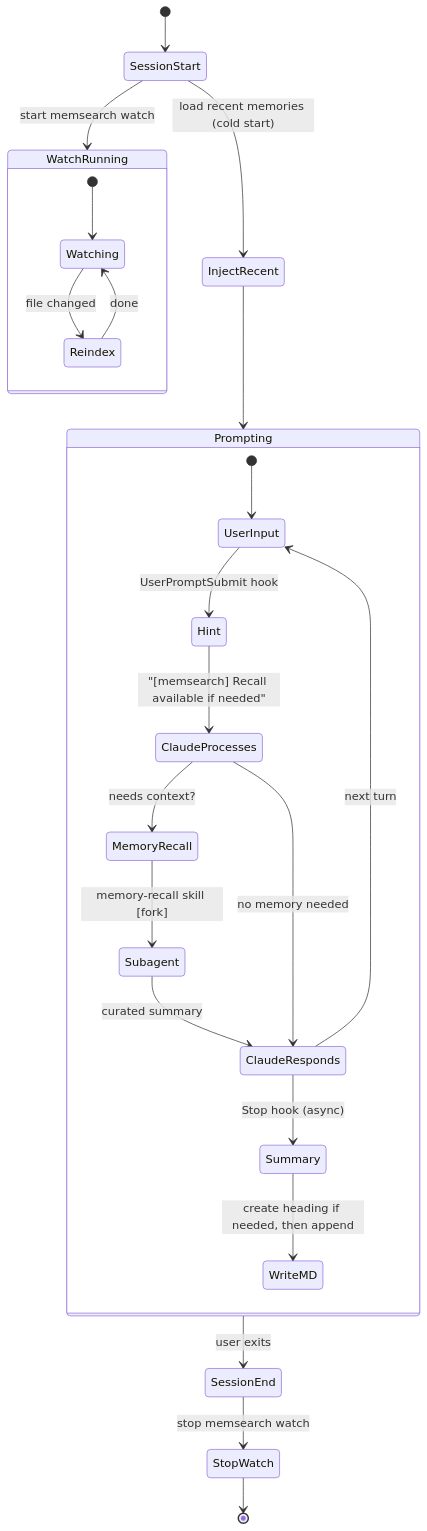
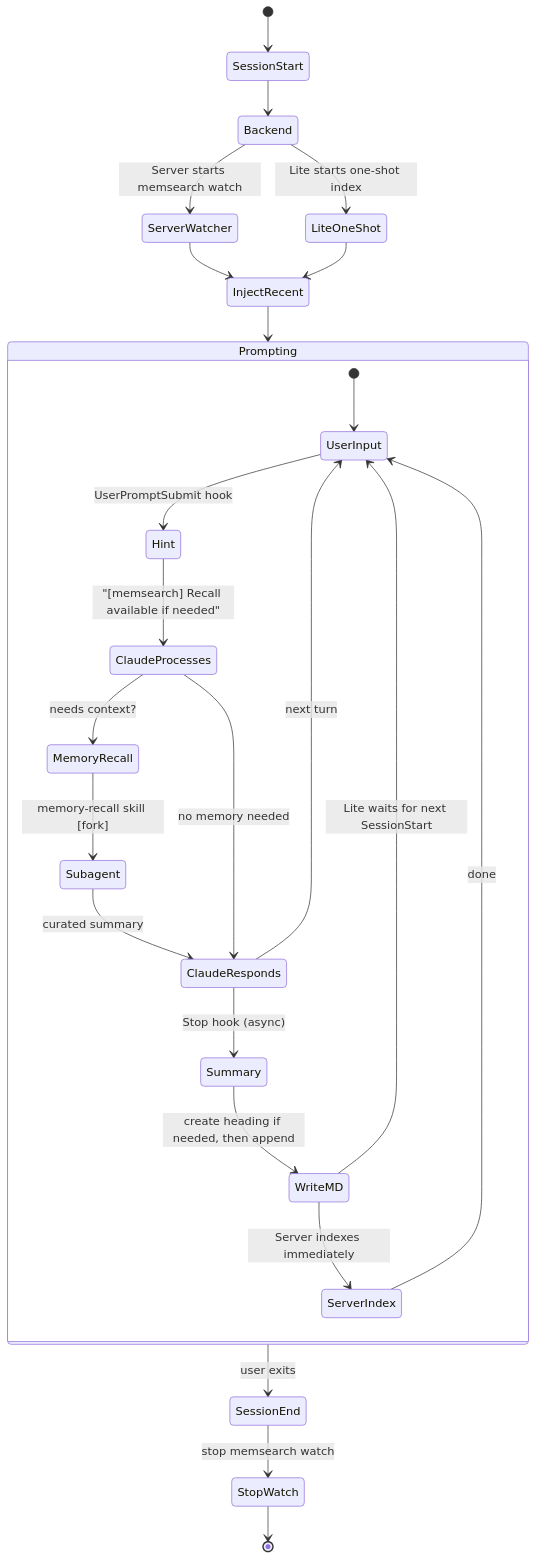
Before and after one commit to zilliztech/memsearch: the second of 3 diagrams in docs/platforms/claude-code/how-it-works.md, drawn with Mermaid. The commit also changed other lines of this file and 3 other files, not shown here.

````diff
--- a/docs/platforms/claude-code/how-it-works.md
+++ b/docs/platforms/claude-code/how-it-works.md
@@ -57,31 +57,31 @@
 ```mermaid
 stateDiagram-v2
     [*] --> SessionStart
-    SessionStart --> WatchRunning: start memsearch watch
-    SessionStart --> InjectRecent: load recent memories (cold start)
-
-    state WatchRunning {
-        [*] --> Watching
-        Watching --> Reindex: file changed
-        Reindex --> Watching: done
-    }
+    SessionStart --> Backend
+    Backend --> ServerWatcher: Server starts memsearch watch
+    Backend --> LiteOneShot: Lite starts one-shot index
+    ServerWatcher --> InjectRecent
+    LiteOneShot --> InjectRecent
 
     InjectRecent --> Prompting
 
     state Prompting {
         [*] --> UserInput
         UserInput --> Hint: UserPromptSubmit hook
         Hint --> ClaudeProcesses: "[memsearch] Recall available if needed"
         ClaudeProcesses --> MemoryRecall: needs context?
         MemoryRecall --> Subagent: memory-recall skill [fork]
         Subagent --> ClaudeResponds: curated summary
         ClaudeProcesses --> ClaudeResponds: no memory needed
         ClaudeResponds --> UserInput: next turn
         ClaudeResponds --> Summary: Stop hook (async)
         Summary --> WriteMD: create heading if needed, then append
+        WriteMD --> ServerIndex: Server indexes immediately
+        ServerIndex --> UserInput: done
+        WriteMD --> UserInput: Lite waits for next SessionStart
     }
 
     Prompting --> SessionEnd: user exits
     SessionEnd --> StopWatch: stop memsearch watch
     StopWatch --> [*]
 ```
````
